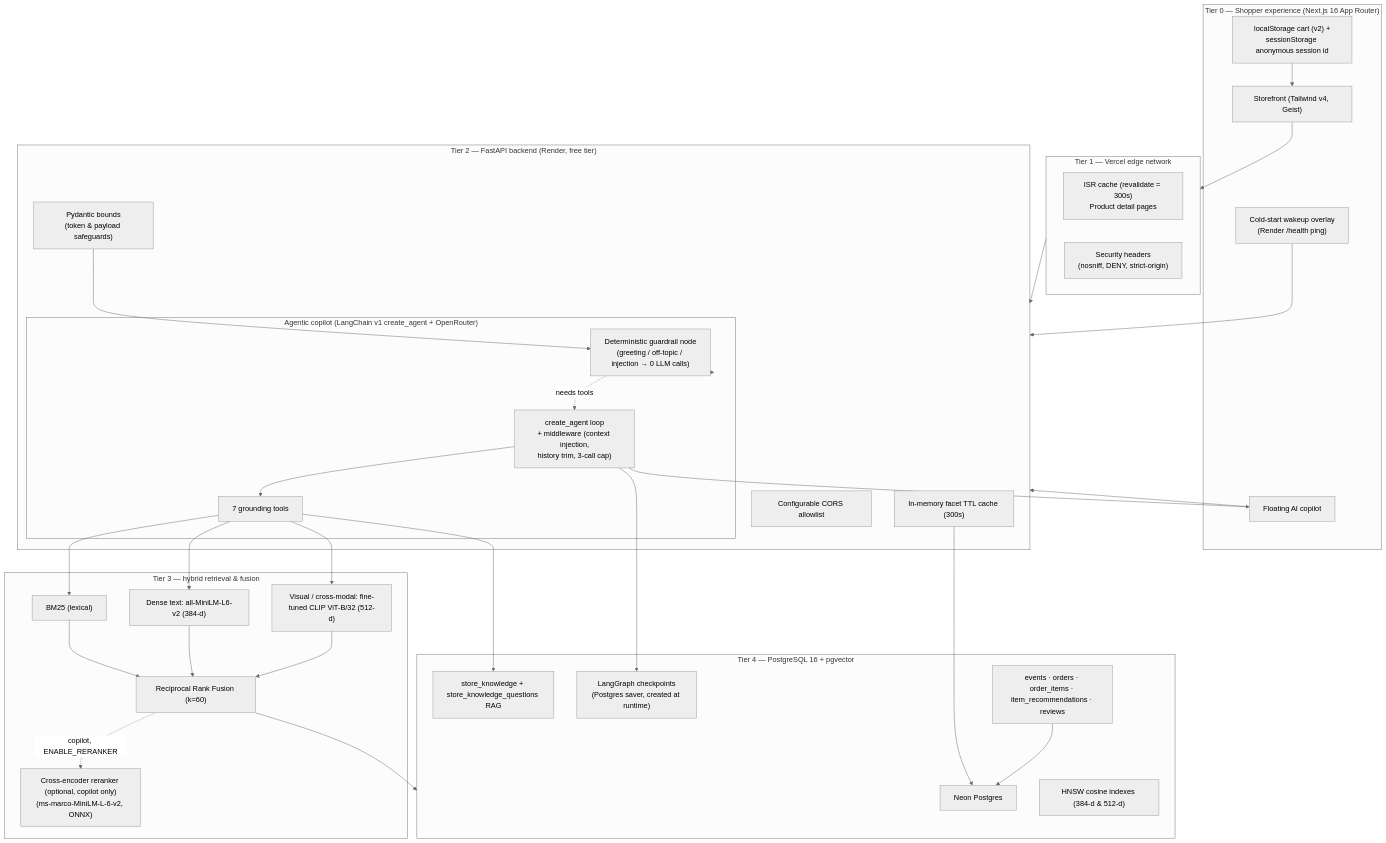
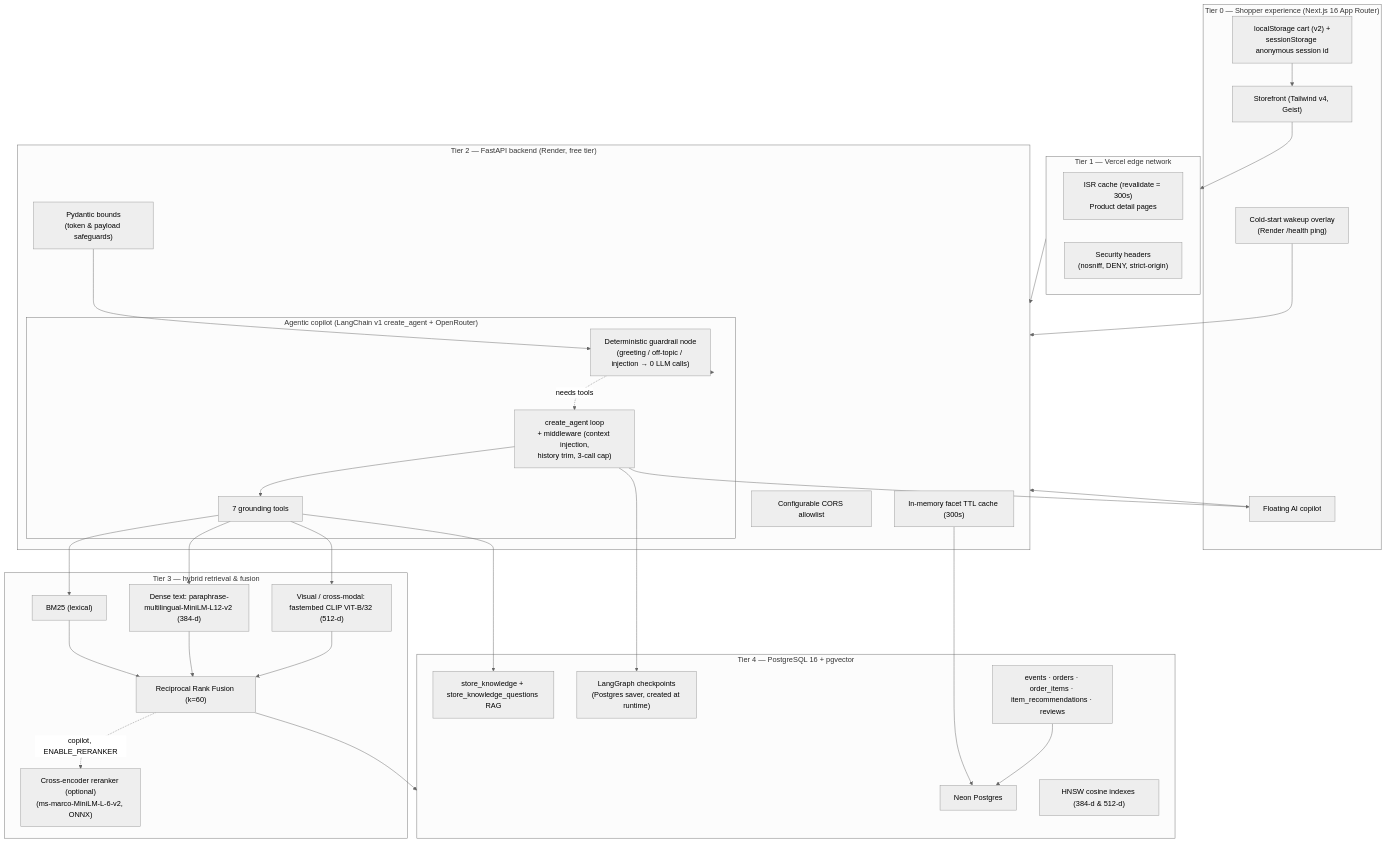
Before and after one commit to marknshoot/toko-marcell: the first of 4 diagrams in README.md, drawn with Mermaid (neutral theme). The commit also changed other lines of this file and 3 other files, not shown here.

Commit message:
docs: refresh architecture, benchmarks, and READMEs for engineering refocus & RAGAS

````diff
--- a/README.md
+++ b/README.md
@@ -171,57 +166,57 @@
 ```mermaid
 flowchart TD
     subgraph Client["Tier 0 — Shopper experience (Next.js 16 App Router)"]
         UI["Storefront (Tailwind v4, Geist)"]
         Chat["Floating AI copilot"]
         Wakeup["Cold-start wakeup overlay<br/>(Render /health ping)"]
         ClientState["localStorage cart (v2) +<br/>sessionStorage anonymous session id"]
     end
 
     subgraph Edge["Tier 1 — Vercel edge network"]
         ISR["ISR cache (revalidate = 300s)<br/>Product detail pages"]
         Headers["Security headers<br/>(nosniff, DENY, strict-origin)"]
     end
 
     subgraph API["Tier 2 — FastAPI backend (Render, free tier)"]
         CORS["Configurable CORS allowlist"]
         Cache["In-memory facet TTL cache (300s)"]
         Val["Pydantic bounds<br/>(token & payload safeguards)"]
         subgraph Orchestration["Agentic copilot (LangChain v1 create_agent + OpenRouter)"]
             Guard["Deterministic guardrail node<br/>(greeting / off-topic / injection → 0 LLM calls)"]
             Agent["create_agent loop<br/>+ middleware (context injection,<br/>history trim, 3-call cap)"]
             Tools7["7 grounding tools"]
         end
     end
 
     subgraph Retrieval["Tier 3 — hybrid retrieval & fusion"]
         BM25["BM25 (lexical)"]
-        MiniLM["Dense text: all-MiniLM-L6-v2 (384-d)"]
-        CLIP["Visual / cross-modal: fine-tuned CLIP ViT-B/32 (512-d)"]
+        MiniLM["Dense text: paraphrase-multilingual-MiniLM-L12-v2 (384-d)"]
+        CLIP["Visual / cross-modal: fastembed CLIP ViT-B/32 (512-d)"]
         RRF["Reciprocal Rank Fusion (k=60)"]
-        CE["Cross-encoder reranker (optional, copilot only)<br/>(ms-marco-MiniLM-L-6-v2, ONNX)"]
+        CE["Cross-encoder reranker (optional)<br/>(ms-marco-MiniLM-L-6-v2, ONNX)"]
     end
 
     subgraph Storage["Tier 4 — PostgreSQL 16 + pgvector"]
         PG["Neon Postgres"]
         HNSW["HNSW cosine indexes (384-d & 512-d)"]
         RAG["store_knowledge + store_knowledge_questions RAG"]
         Ckpt["LangGraph checkpoints<br/>(Postgres saver, created at runtime)"]
         Ops["events · orders · order_items · item_recommendations · reviews"]
     end
 
     UI --> Edge --> API
     Chat --> API
     Wakeup --> API
     ClientState --> UI
     API --> Guard
     Guard -. "needs tools" .-> Agent --> Tools7
     Tools7 --> BM25 & MiniLM & CLIP
     BM25 & MiniLM & CLIP --> RRF --> Storage
     RRF -. "copilot, ENABLE_RERANKER" .-> CE
     Tools7 --> RAG
     Agent --> Ckpt
     Agent --> Chat
     Cache --> PG
     Val --> Guard
     Ops --> PG
 ```
````
